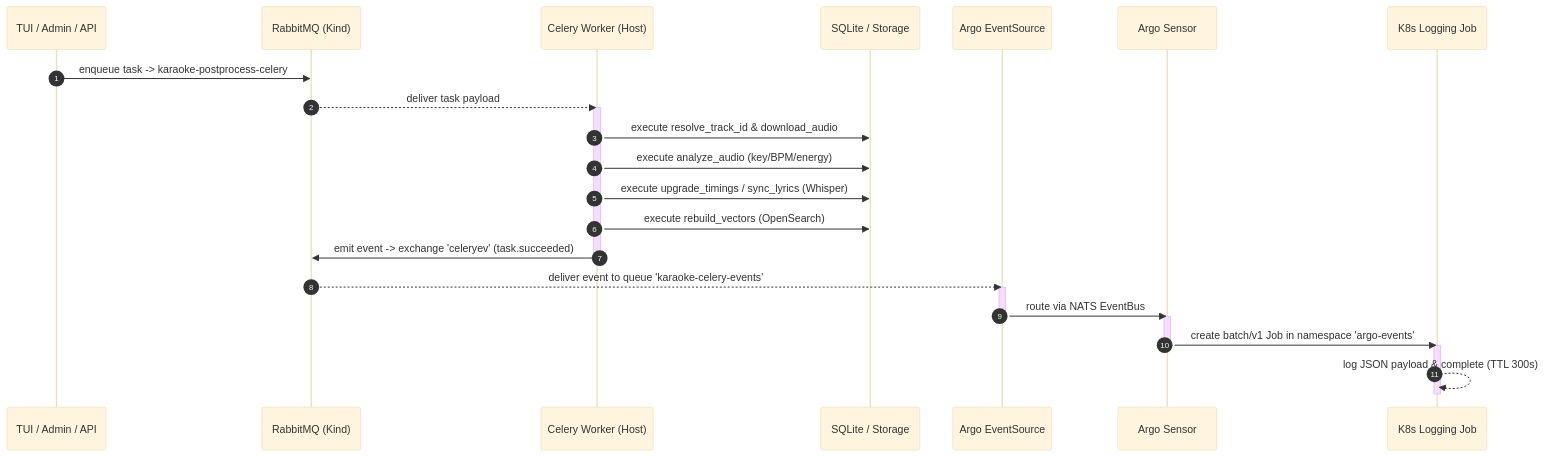
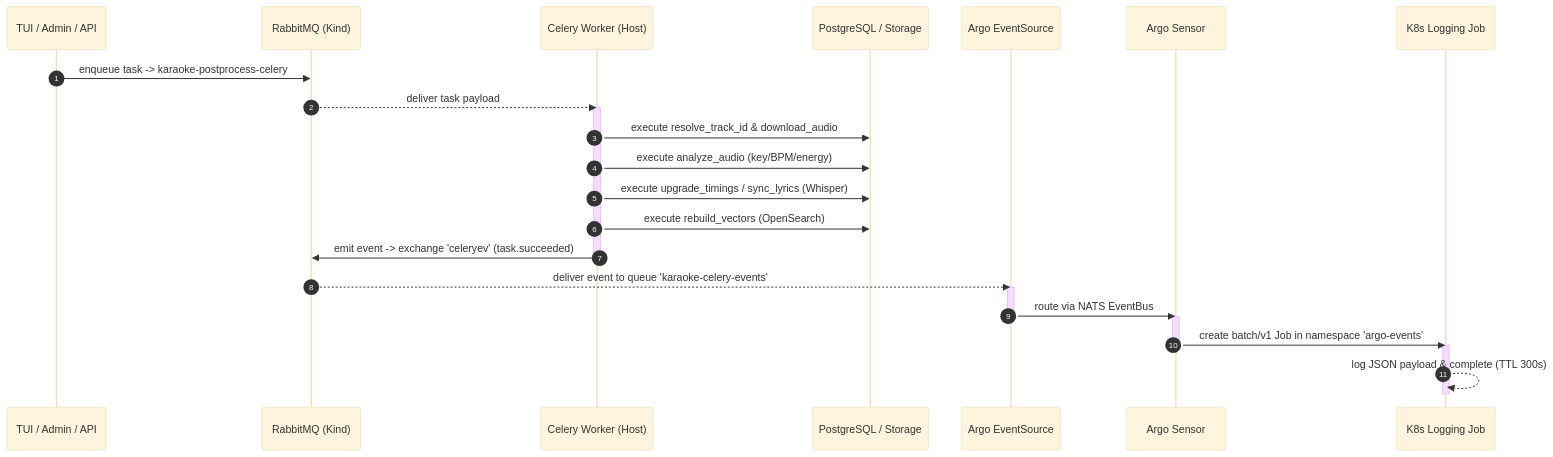
One commit to violetina/karaoke changed the second of 2 diagrams in docs/platform-services.md. Above: the diagram before and after it, drawn with Mermaid (base theme). The commit also changed other lines of this file and 3 other files, not shown here.

````diff
--- a/docs/platform-services.md
+++ b/docs/platform-services.md
@@ -157,31 +195,31 @@
 ```mermaid
 sequenceDiagram
     autonumber
     participant App as TUI / Admin / API
     participant RMQ as RabbitMQ (Kind)
     participant HostWorker as Celery Worker (Host)
-    participant SQLite as SQLite / Storage
+    participant Store as PostgreSQL / Storage
     participant ES as Argo EventSource
     participant Sensor as Argo Sensor
     participant Job as K8s Logging Job
 
     App->>RMQ: enqueue task -> karaoke-postprocess-celery
     RMQ-->>HostWorker: deliver task payload
     activate HostWorker
-    HostWorker->>SQLite: execute resolve_track_id & download_audio
-    HostWorker->>SQLite: execute analyze_audio (key/BPM/energy)
-    HostWorker->>SQLite: execute upgrade_timings / sync_lyrics (Whisper)
-    HostWorker->>SQLite: execute rebuild_vectors (OpenSearch)
+    HostWorker->>Store: execute resolve_track_id & download_audio
+    HostWorker->>Store: execute analyze_audio (key/BPM/energy)
+    HostWorker->>Store: execute upgrade_timings / sync_lyrics (Whisper)
+    HostWorker->>Store: execute rebuild_vectors (OpenSearch)
     HostWorker->>RMQ: emit event -> exchange 'celeryev' (task.succeeded)
     deactivate HostWorker
     RMQ-->>ES: deliver event to queue 'karaoke-celery-events'
     activate ES
     ES->>Sensor: route via NATS EventBus
     deactivate ES
     activate Sensor
     Sensor->>Job: create batch/v1 Job in namespace 'argo-events'
     deactivate Sensor
     activate Job
     Job-->>Job: log JSON payload & complete (TTL 300s)
     deactivate Job
 ```
````
